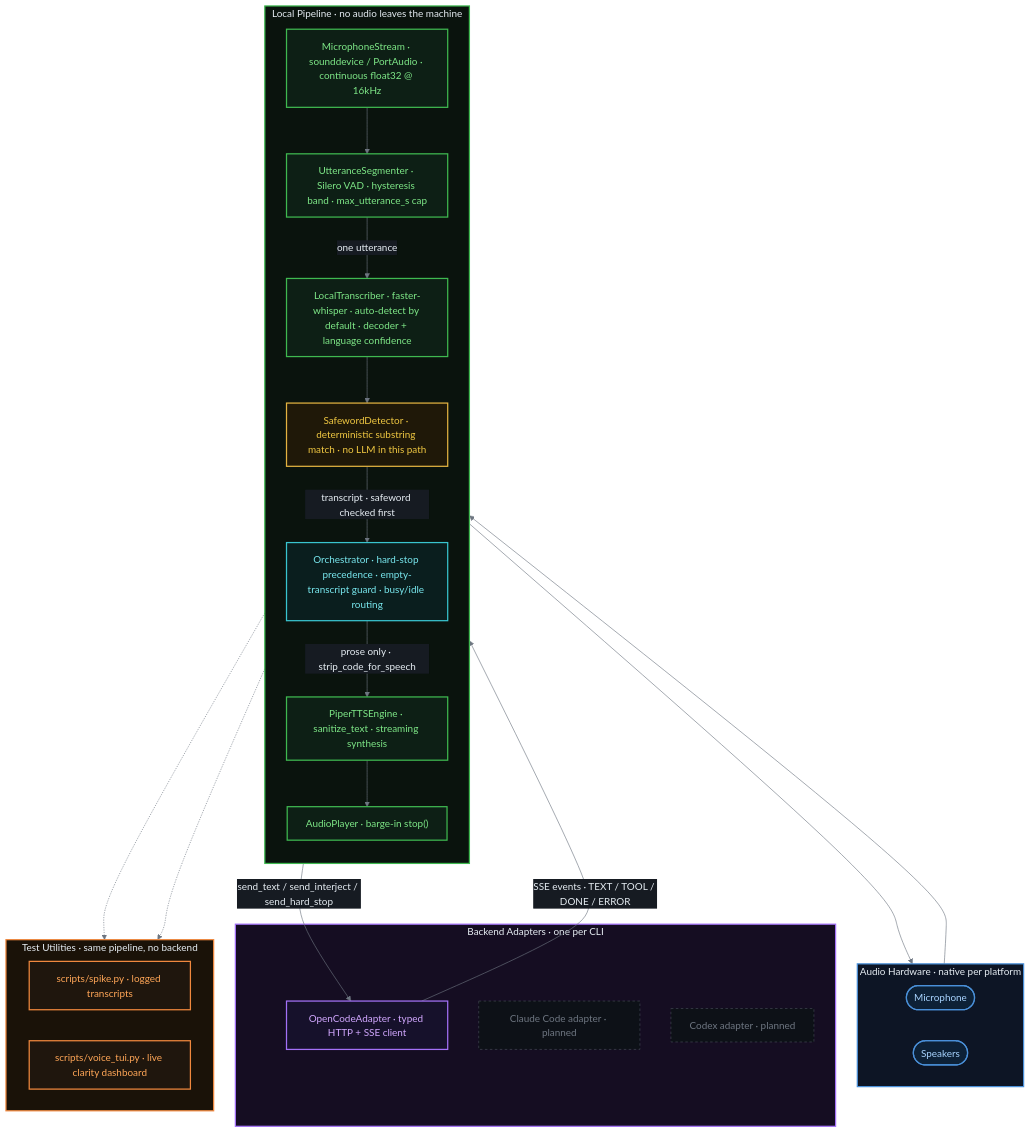
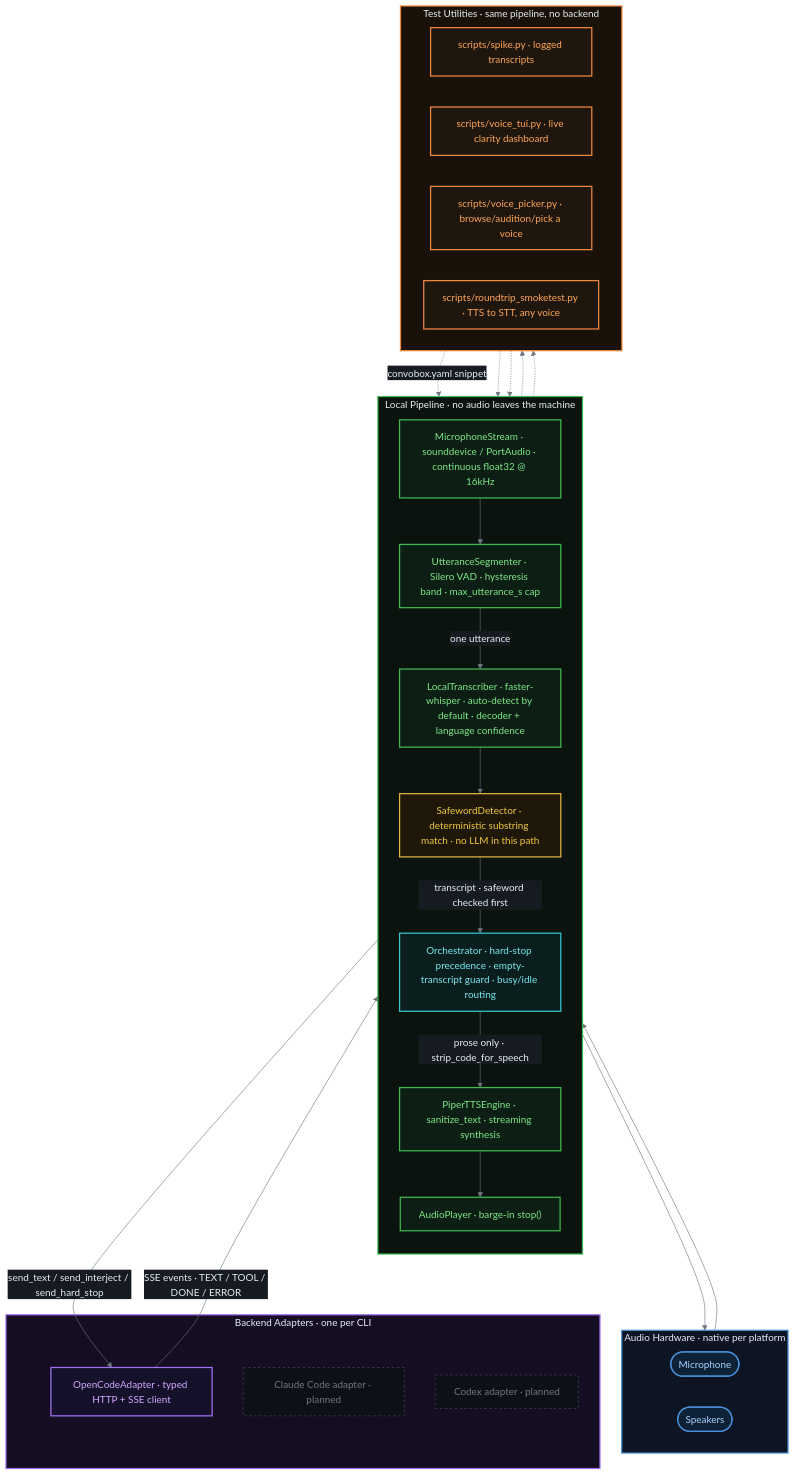
Before and after one commit to LegionForge/convobox: the first of 2 diagrams in README.md, drawn with Mermaid. The commit also changed other lines of this file and 3 other files, not shown here.

````diff
--- a/README.md
+++ b/README.md
@@ -49,53 +49,58 @@
 ```mermaid
 %%{init: {'theme': 'base', 'themeVariables': {'background': '#0d1117', 'mainBkg': '#161b22', 'primaryColor': '#1c2938', 'primaryBorderColor': '#30363d', 'primaryTextColor': '#e6edf3', 'lineColor': '#6e7681', 'clusterBkg': '#161b22', 'clusterBorder': '#30363d', 'edgeLabelBackground': '#161b22', 'titleColor': '#e6edf3'}}}%%
 flowchart TB
     classDef hw       fill:#0d2137,stroke:#4a90d9,stroke-width:2px,color:#a8d4ff
     classDef pipeline fill:#0d1f15,stroke:#3fb950,stroke-width:2px,color:#7ee787
     classDef routing  fill:#0a1e1e,stroke:#39c5cf,stroke-width:2px,color:#79e8ef
     classDef safety   fill:#1f1808,stroke:#e3b341,stroke-width:2px,color:#f0c842
     classDef backend  fill:#16112b,stroke:#a371f7,stroke-width:2px,color:#d2a8ff
     classDef tool     fill:#1f160d,stroke:#f0883e,stroke-width:2px,color:#ffa657
     classDef future   fill:#0d1117,stroke:#484f58,stroke-width:1px,stroke-dasharray:4 4,color:#6e7681
 
     subgraph HW["Audio Hardware · native per platform"]
         direction LR
         MIC(["Microphone"]):::hw
         SPK(["Speakers"]):::hw
     end
 
     subgraph LOCAL["Local Pipeline · no audio leaves the machine"]
         direction TB
         CAP["MicrophoneStream · sounddevice / PortAudio · continuous float32 @ 16kHz"]:::pipeline
         VAD["UtteranceSegmenter · Silero VAD · hysteresis band · max_utterance_s cap"]:::pipeline
         STT["LocalTranscriber · faster-whisper · auto-detect by default · decoder + language confidence"]:::pipeline
         SW["SafewordDetector · deterministic substring match · no LLM in this path"]:::safety
         ORCH["Orchestrator · hard-stop precedence · empty-transcript guard · busy/idle routing"]:::routing
         TTS["PiperTTSEngine · sanitize_text · streaming synthesis"]:::pipeline
         PLAY["AudioPlayer · barge-in stop()"]:::pipeline
     end
 
     subgraph ADAPTERS["Backend Adapters · one per CLI"]
         OC["OpenCodeAdapter · typed HTTP + SSE client"]:::backend
         CC["Claude Code adapter · planned"]:::future
         CX["Codex adapter · planned"]:::future
     end
 
     subgraph TOOLS["Test Utilities · same pipeline, no backend"]
         direction LR
         SPIKE["scripts/spike.py · logged transcripts"]:::tool
         TUI["scripts/voice_tui.py · live clarity dashboard"]:::tool
+        PICKER["scripts/voice_picker.py · browse/audition/pick a voice"]:::tool
+        ROUNDTRIP["scripts/roundtrip_smoketest.py · TTS to STT, any voice"]:::tool
     end
 
     MIC --> CAP --> VAD -->|"one utterance"| STT --> SW
     SW -->|"transcript · safeword checked first"| ORCH
     ORCH -->|"send_text / send_interject / send_hard_stop"| OC
     OC -->|"SSE events · TEXT / TOOL / DONE / ERROR"| ORCH
     ORCH -->|"prose only · strip_code_for_speech"| TTS --> PLAY --> SPK
     SW -.-> SPIKE
     SW -.-> TUI
+    PICKER -.->|"convobox.yaml snippet"| TTS
+    ROUNDTRIP -.-> TTS
+    ROUNDTRIP -.-> STT
 
     style HW fill:#0d1525,stroke:#4a90d9,stroke-width:2px,color:#e6edf3
     style LOCAL fill:#0a130d,stroke:#3fb950,stroke-width:2px,color:#e6edf3
     style ADAPTERS fill:#150d22,stroke:#a371f7,stroke-width:2px,color:#e6edf3
     style TOOLS fill:#1a1208,stroke:#f0883e,stroke-width:2px,color:#e6edf3
 ```
````
